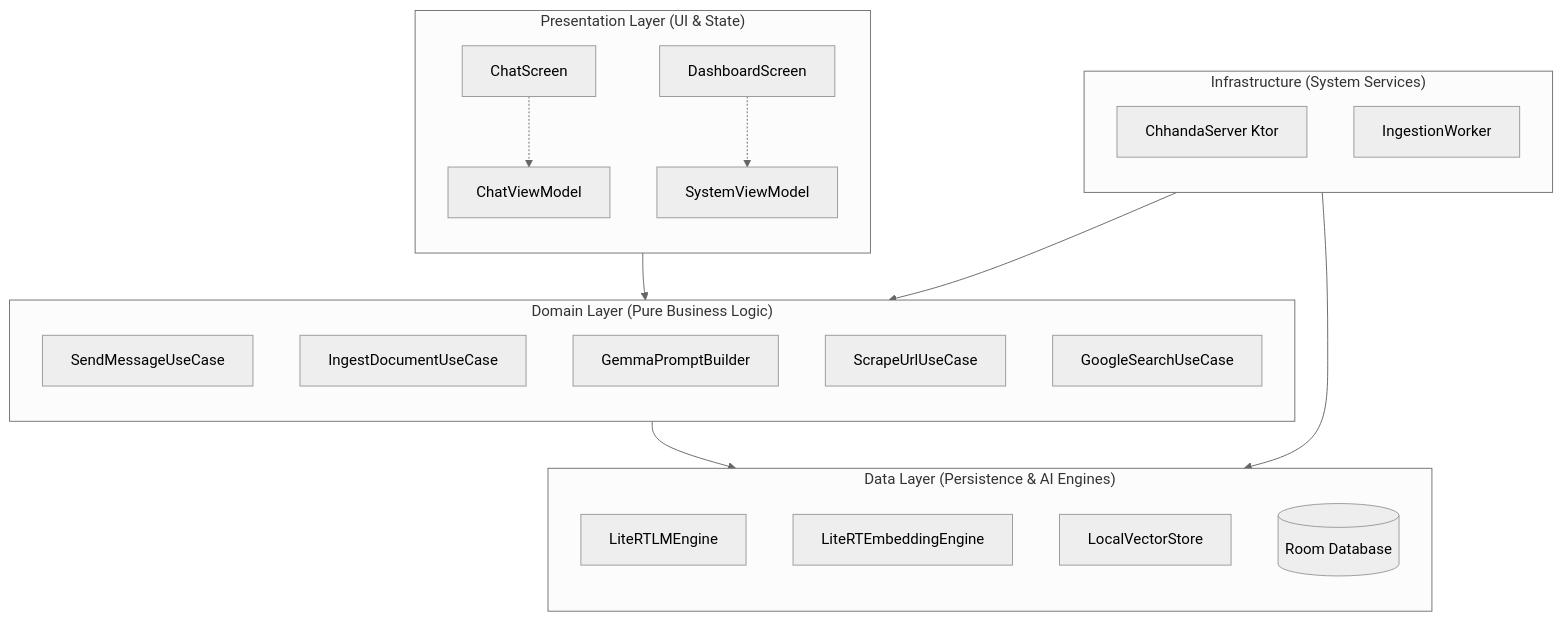
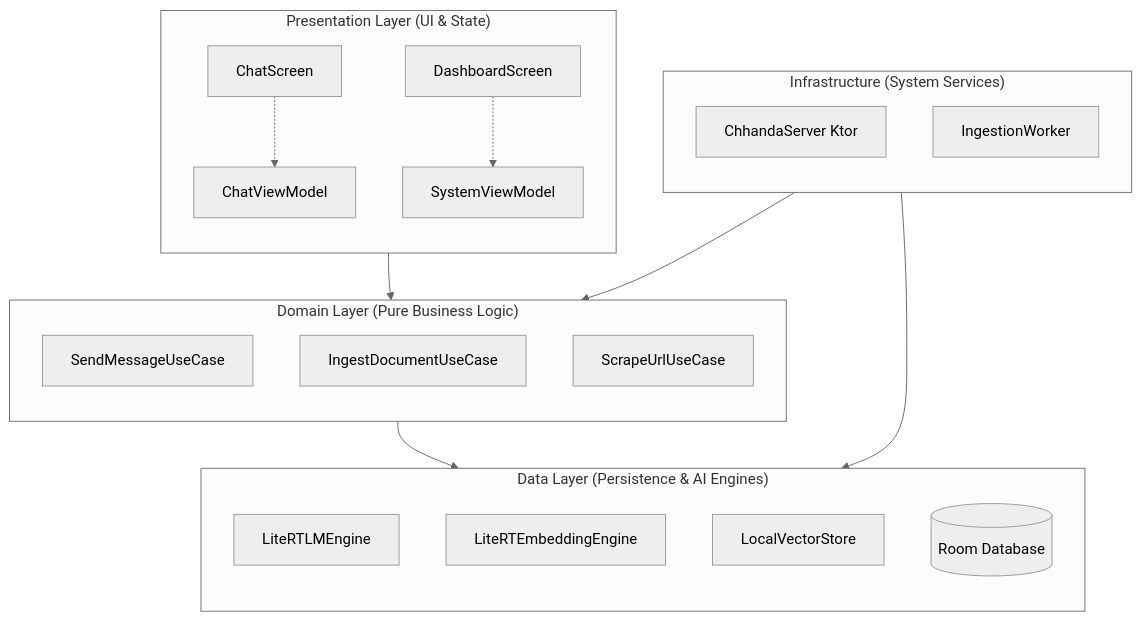
One commit to kallolchakraborty/Chhanda-AI changed the second of 3 diagrams in README.md. Above: the diagram before and after it, drawn with Mermaid (neutral theme). The commit also changed 2 other files, not shown here.

Commit message:
refactor: Remove dead code (GoogleSearchUseCase, GemmaPromptBuilder) and update README

````diff
--- a/README.md
+++ b/README.md
@@ -52,40 +52,38 @@
 ```mermaid
 graph TB
     subgraph PL["Presentation Layer (UI & State)"]
         direction TB
         CS[ChatScreen]
         DS[DashboardScreen]
         CVM[ChatViewModel]
         SVM[SystemViewModel]
         CS -.-> CVM
         DS -.-> SVM
     end
     
     subgraph DL["Domain Layer (Pure Business Logic)"]
         direction TB
         SMUC[SendMessageUseCase]
         IDUC[IngestDocumentUseCase]
-        GSP[GemmaPromptBuilder]
         SUUC[ScrapeUrlUseCase]
-        GSUC[GoogleSearchUseCase]
     end
     
     subgraph DTL["Data Layer (Persistence & AI Engines)"]
         direction TB
         LE[LiteRTLMEngine]
         EE[LiteRTEmbeddingEngine]
         LVS[LocalVectorStore]
         RD[(Room Database)]
     end
     
     subgraph INF["Infrastructure (System Services)"]
         direction TB
         CServ[ChhandaServer Ktor]
         IW[IngestionWorker]
     end
     
     PL --> DL
     DL --> DTL
     INF --> DL
     INF --> DTL
 ```
````
